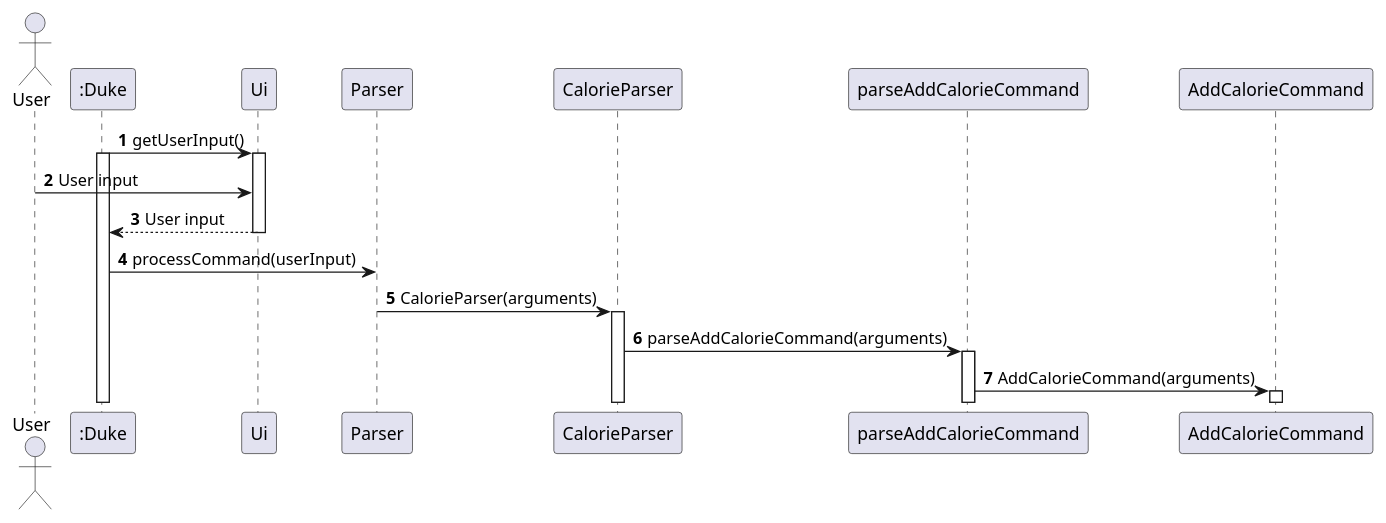
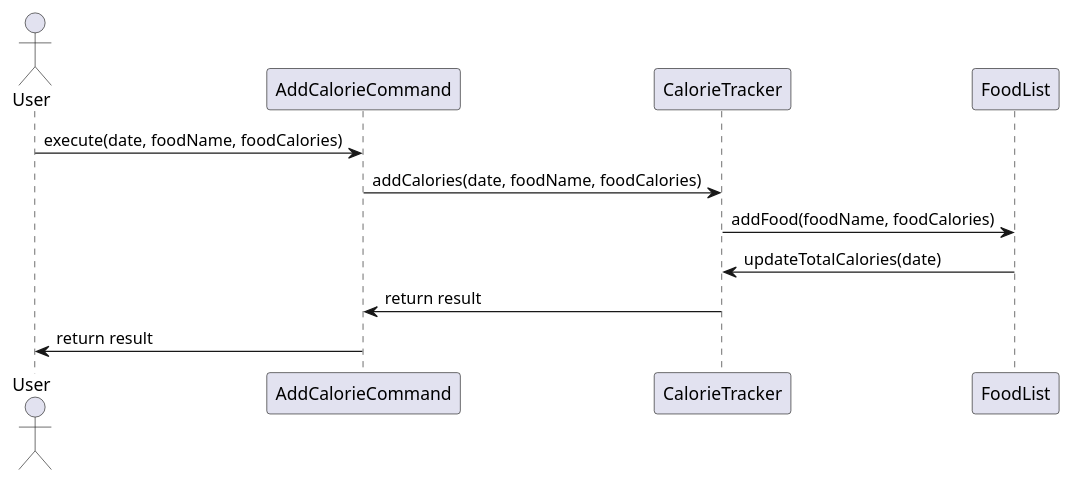
One commit to nus-cs2113-AY2223S2/tp changed the diagram in docs/diagrams/CaloriesAddDiagram.puml. Above: the diagram before and after it, drawn with PlantUML. The commit also changed 2 other files, not shown here.

Commit message:
DG Diagrams update

```diff
--- a/docs/diagrams/CaloriesAddDiagram.puml
+++ b/docs/diagrams/CaloriesAddDiagram.puml
@@ -1,21 +1,13 @@
 @startuml
-'https://plantuml.com/sequence-diagram
+actor User
+participant AddCalorieCommand
+participant CalorieTracker
+participant FoodList
 
-autonumber
-
-actor User
-participant ":Duke" as Duke
-
-Duke -> Ui: getUserInput()
-activate Duke
-activate Ui
-User -> Ui: User input
-return User input
-Duke -> Parser : processCommand(userInput)
-Parser-> CalorieParser: CalorieParser(arguments)
-activate CalorieParser
-CalorieParser-> parseAddCalorieCommand : parseAddCalorieCommand(arguments)
-activate parseAddCalorieCommand
-parseAddCalorieCommand -> AddCalorieCommand:AddCalorieCommand(arguments)
-activate AddCalorieCommand
+User -> AddCalorieCommand: execute(date, foodName, foodCalories)
+AddCalorieCommand -> CalorieTracker: addCalories(date, foodName, foodCalories)
+CalorieTracker -> FoodList: addFood(foodName, foodCalories)
+FoodList -> CalorieTracker: updateTotalCalories(date)
+CalorieTracker -> AddCalorieCommand: return result
+AddCalorieCommand -> User: return result
 @enduml
```
